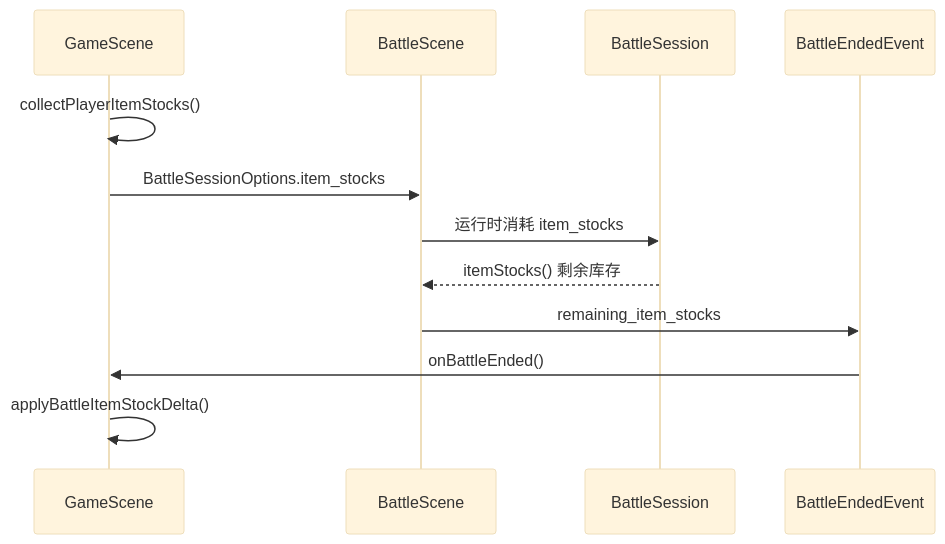
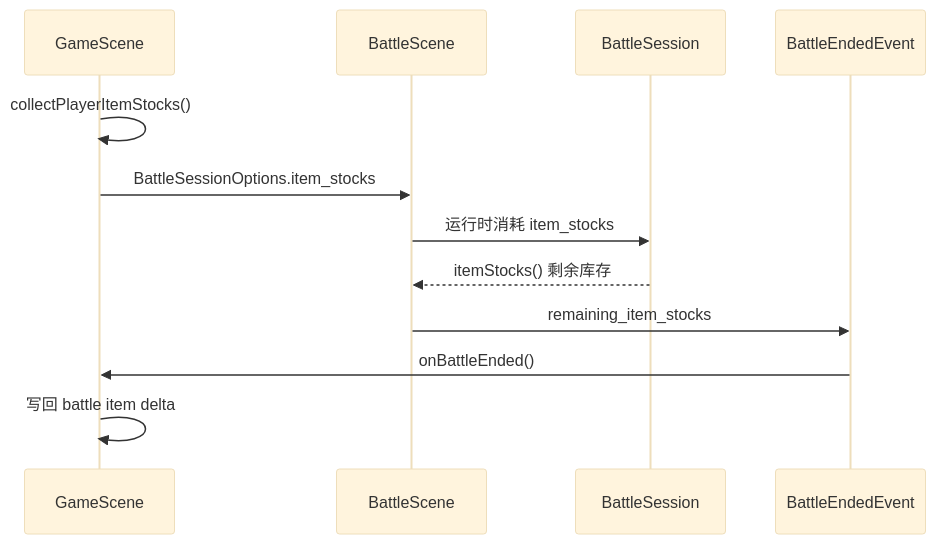
The fifth of 7 diagrams in docs/gameplay/turn-based-battle.md (WispSnow/TinyFarmRPG), drawn with Mermaid (base theme) before and after one commit. The commit also changed other lines of this file and 12 other files, not shown here.

````diff
--- a/docs/gameplay/turn-based-battle.md
+++ b/docs/gameplay/turn-based-battle.md
@@ -236,15 +257,15 @@
 ```mermaid
 sequenceDiagram
     participant GS as GameScene
     participant BS as BattleScene
     participant SE as BattleSession
     participant EVT as BattleEndedEvent
 
     GS->>GS: collectPlayerItemStocks()
     GS->>BS: BattleSessionOptions.item_stocks
     BS->>SE: 运行时消耗 item_stocks
     SE-->>BS: itemStocks() 剩余库存
     BS->>EVT: remaining_item_stocks
     EVT->>GS: onBattleEnded()
-    GS->>GS: applyBattleItemStockDelta()
+    GS->>GS: 写回 battle item delta
 ```
````
